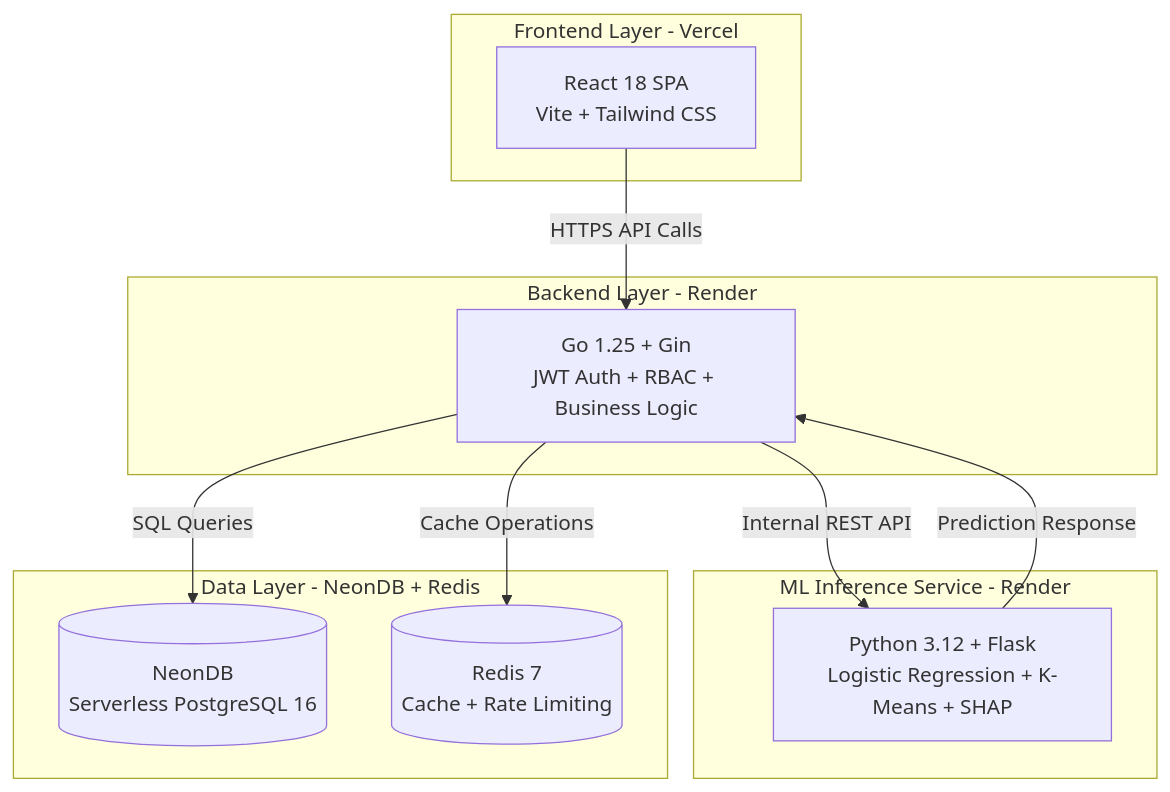
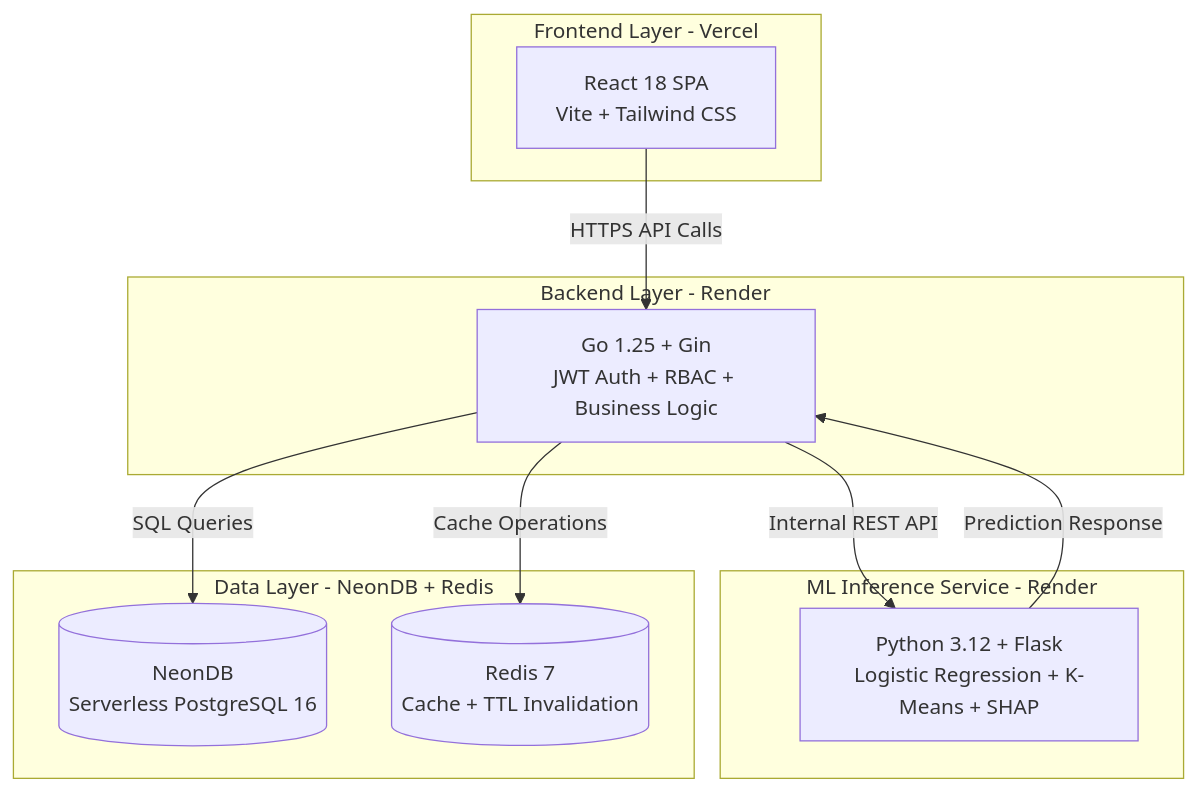
One commit to Skufu/DianaV2 changed the fifth of 7 diagrams in docs/07-research/thesis-drafts/ch3+4.md. Above: the diagram before and after it, drawn with Mermaid. The commit also changed other lines of this file and 4 other files, not shown here.

````diff
--- a/docs/07-research/thesis-drafts/ch3+4.md
+++ b/docs/07-research/thesis-drafts/ch3+4.md
@@ -669,25 +669,25 @@
 ```mermaid
 flowchart TB
     subgraph Frontend["Frontend Layer - Vercel"]
         A[React 18 SPA<br/>Vite + Tailwind CSS]
     end
 
     subgraph Backend["Backend Layer - Render"]
         B[Go 1.25 + Gin<br/>JWT Auth + RBAC + Business Logic]
     end
 
     subgraph ML["ML Inference Service - Render"]
         C[Python 3.12 + Flask<br/>Logistic Regression + K-Means + SHAP]
     end
 
     subgraph Data["Data Layer - NeonDB + Redis"]
         D[(NeonDB<br/>Serverless PostgreSQL 16)]
-        E[(Redis 7<br/>Cache + Rate Limiting)]
+        E[(Redis 7<br/>Cache + TTL Invalidation)]
     end
 
     A -->|HTTPS API Calls| B
     B -->|Internal REST API| C
     C -->|Prediction Response| B
     B -->|SQL Queries| D
     B -->|Cache Operations| E
 ```
````
